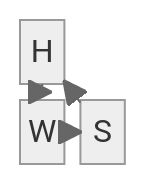
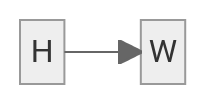
Before and after one commit to cmcntsh/StatBayesAnalysisChecklist: the diagram in README.md, drawn with Mermaid (neutral theme).

Commit message:
Update mermaid diagram in README
Removed sex influence from the mermaid diagram.

````diff
--- a/README.md
+++ b/README.md
@@ -7,10 +7,7 @@
 ```mermaid
 block
-columns 2
     H space W
     H-->W
-    S space
-    S-->H
-    S-->W
+    
 
 ```
````
